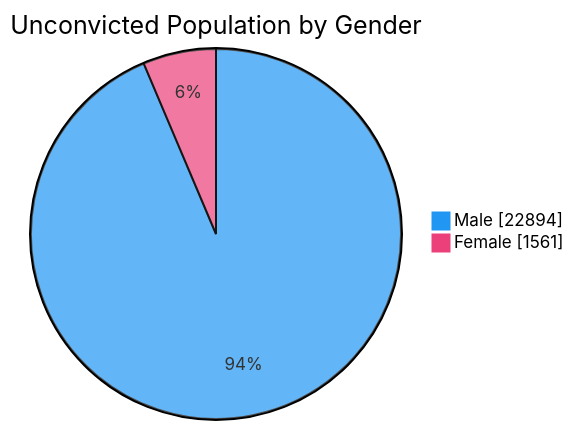
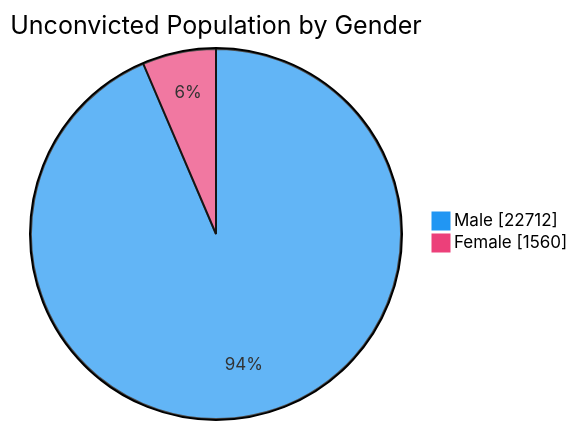
One commit to nuuuwan/lk_prisons changed the fourth of 7 diagrams in README.md. Above: the diagram before and after it, drawn with Mermaid. The commit also changed other lines of this file and 1 other file, not shown here.

````diff
--- a/README.md
+++ b/README.md
@@ -76,6 +76,6 @@
 ```mermaid
 %%{init: {'themeVariables': {'pie1': '#2196F3', 'pie2': '#EC407A'}}}%%
 pie showData title Unconvicted Population by Gender
-    "Male" : 22894
-    "Female" : 1561
+    "Male" : 22712
+    "Female" : 1560
 ```
````
